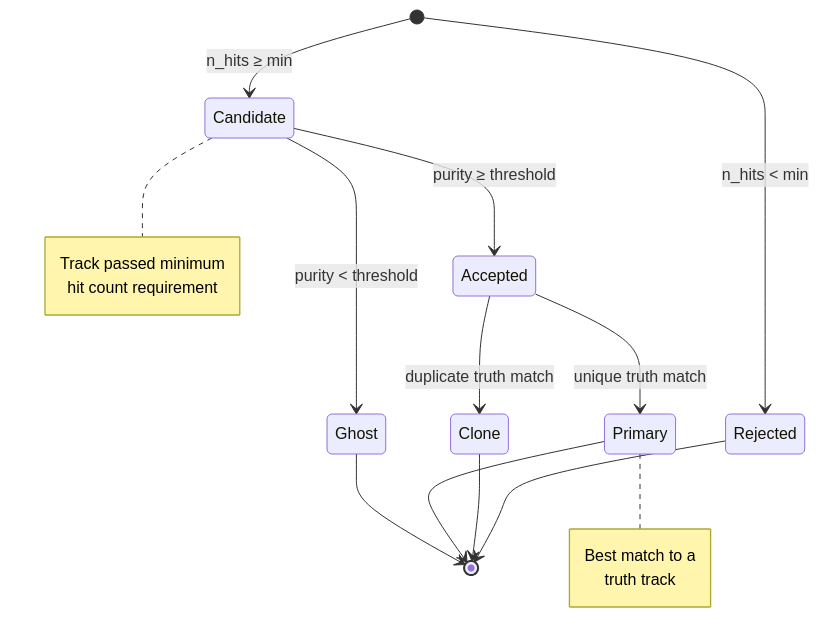
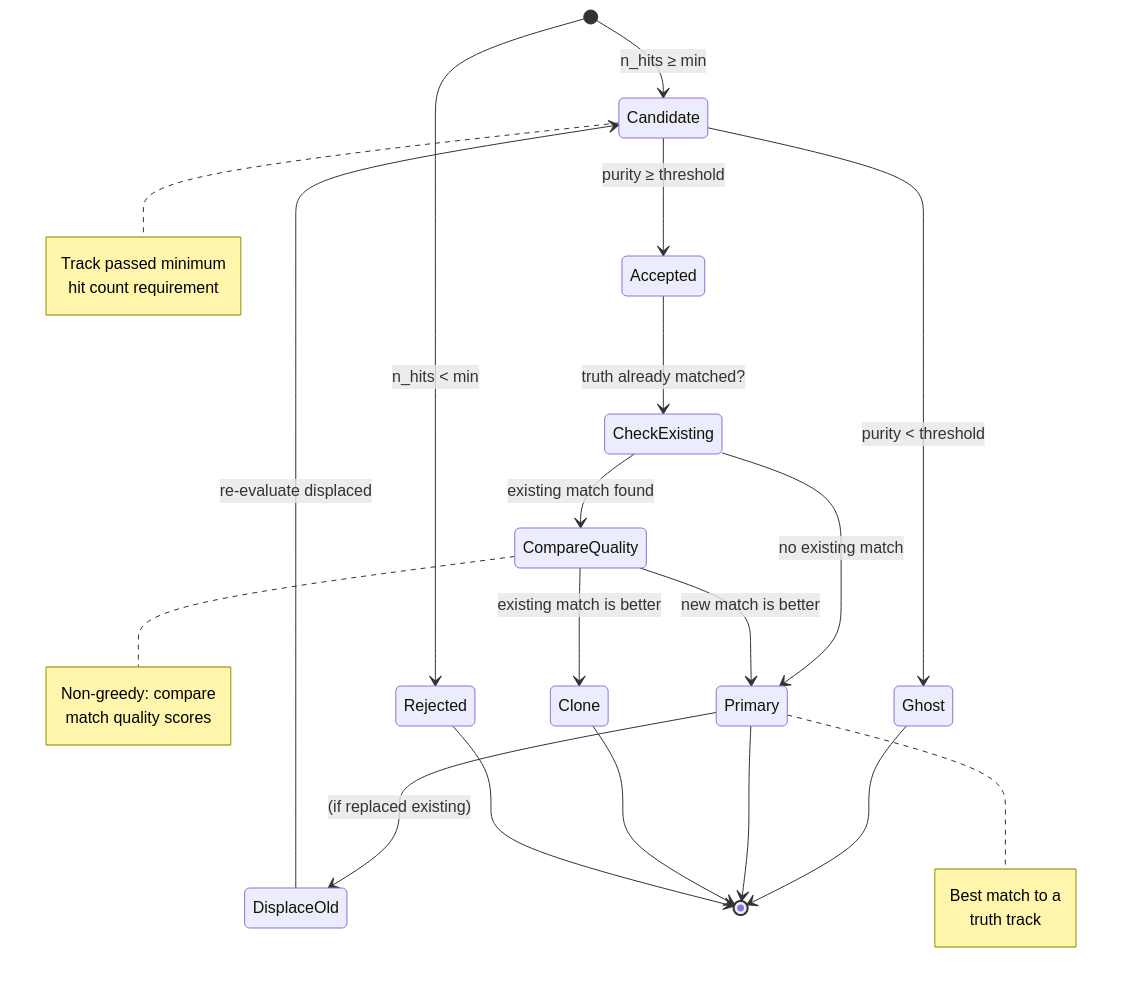
Before and after one commit to GeorgeWilliam1999/LHCb_VeLo_Toy_Model: diagram 12 of 13 in docs/FLOW_DIAGRAMS.md, drawn with Mermaid. The commit also changed other lines of this file and 21 other files, not shown here.

````diff
--- a/docs/FLOW_DIAGRAMS.md
+++ b/docs/FLOW_DIAGRAMS.md
@@ -707,26 +739,38 @@
 ```mermaid
 stateDiagram-v2
     [*] --> Candidate: n_hits ≥ min
     [*] --> Rejected: n_hits < min
     
     Candidate --> Accepted: purity ≥ threshold
     Candidate --> Ghost: purity < threshold
     
-    Accepted --> Primary: unique truth match
-    Accepted --> Clone: duplicate truth match
+    Accepted --> CheckExisting: truth already matched?
+    CheckExisting --> Primary: no existing match
+    CheckExisting --> CompareQuality: existing match found
+    
+    CompareQuality --> Primary: new match is better
+    CompareQuality --> Clone: existing match is better
+    
+    Primary --> DisplaceOld: (if replaced existing)
+    DisplaceOld --> Candidate: re-evaluate displaced
     
     Ghost --> [*]
     Primary --> [*]
     Clone --> [*]
     Rejected --> [*]
     
     note right of Candidate
         Track passed minimum
         hit count requirement
     end note
     
+    note right of CompareQuality
+        Non-greedy: compare
+        match quality scores
+    end note
+    
     note right of Primary
         Best match to a
         truth track
     end note
 ```
````
